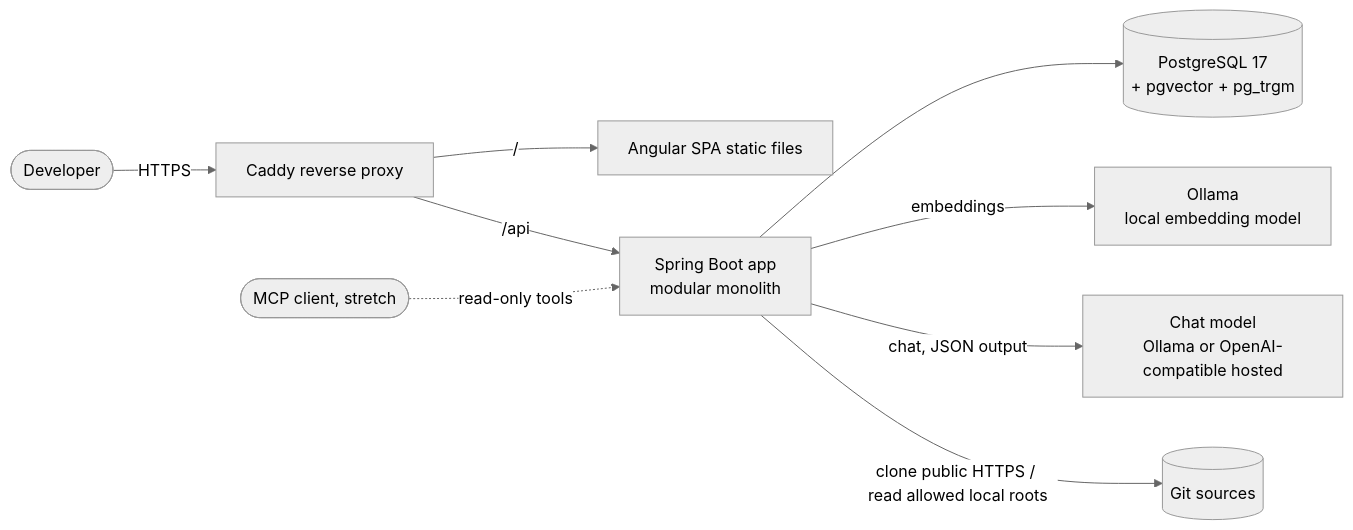
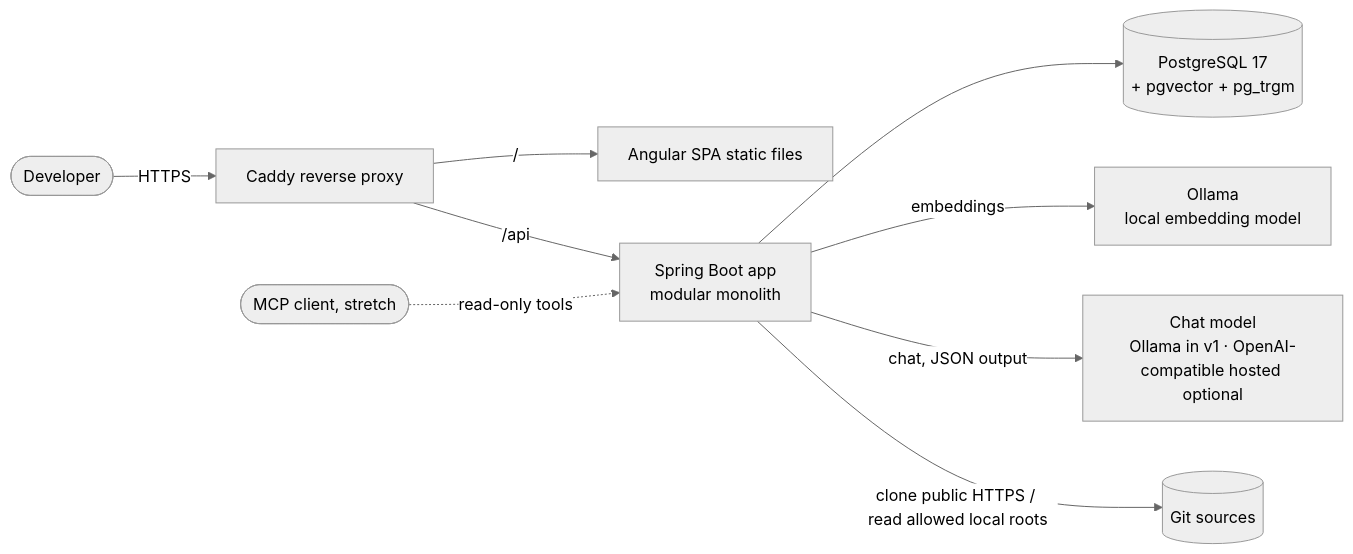
One commit to Its-Nitin/devmind-ai changed the first of 5 diagrams in docs/architecture.md. Above: the diagram before and after it, drawn with Mermaid (neutral theme). The commit also changed other lines of this file and 10 other files, not shown here.

````diff
--- a/docs/architecture.md
+++ b/docs/architecture.md
@@ -31,11 +31,11 @@
 ```mermaid
 flowchart LR
   Dev([Developer]) -->|HTTPS| Proxy[Caddy reverse proxy]
   Proxy -->|/| SPA[Angular SPA static files]
   Proxy -->|/api| API[Spring Boot app<br/>modular monolith]
   API --> PG[(PostgreSQL 17<br/>+ pgvector + pg_trgm)]
   API -->|embeddings| Ollama[Ollama<br/>local embedding model]
-  API -->|chat, JSON output| LLM[Chat model<br/>Ollama or OpenAI-compatible hosted]
+  API -->|chat, JSON output| LLM[Chat model<br/>Ollama in v1 · OpenAI-compatible hosted optional]
   API -->|clone public HTTPS / read allowed local roots| Git[(Git sources)]
   MCP([MCP client, stretch]) -.->|read-only tools| API
 ```
````
